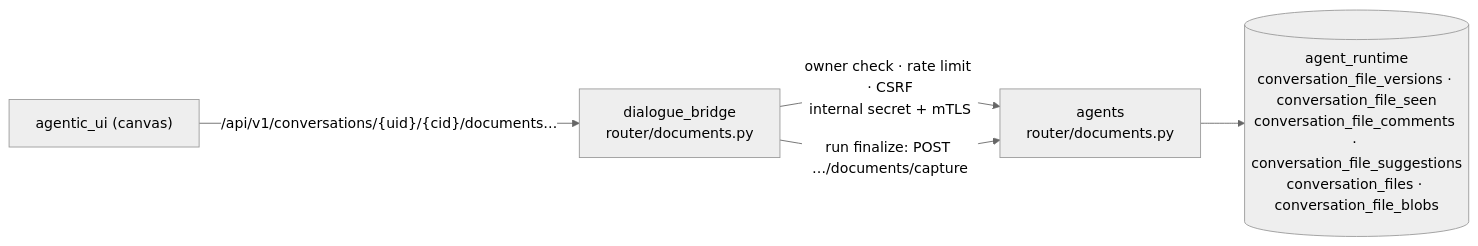
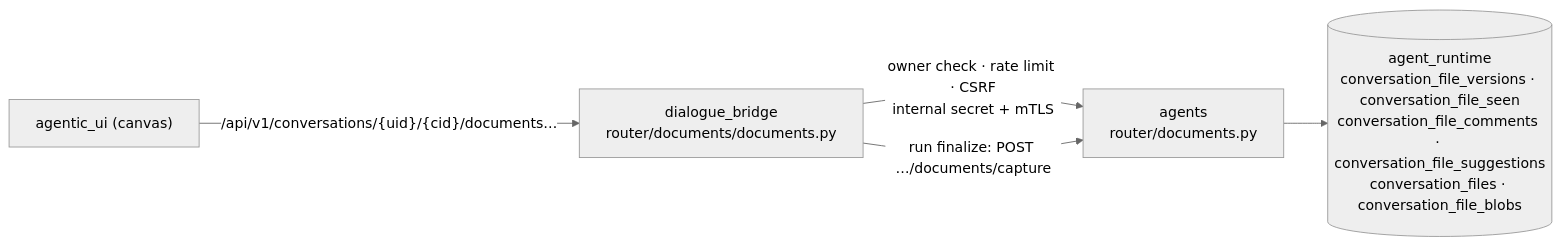
The first of 11 diagrams in docs/flows/canvas.md (konstantinosmpouros/magenticx), drawn with Mermaid (neutral theme) before and after one commit. The commit also changed other lines of this file and 341 other files, not shown here.

Commit message:
refactor(dialogue_bridge): move the logic from utils into a domain-grouped engine package, group routers and schemas into the same domain folders, split agents.py into catalog, tools, service URLs and conversation sources, and keep only generic helpers in utils

````diff
--- a/docs/flows/canvas.md
+++ b/docs/flows/canvas.md
@@ -9,7 +9,7 @@
 ```mermaid
 flowchart LR
-    UI["agentic_ui (canvas)"] -->|"/api/v1/conversations/{uid}/{cid}/documents…"| BR["dialogue_bridge<br/>router/documents.py"]
+    UI["agentic_ui (canvas)"] -->|"/api/v1/conversations/{uid}/{cid}/documents…"| BR["dialogue_bridge<br/>router/documents/documents.py"]
     BR -->|"owner check · rate limit · CSRF<br/>internal secret + mTLS"| AG["agents<br/>router/documents.py"]
     AG --> PG[("agent_runtime<br/>conversation_file_versions · conversation_file_seen<br/>conversation_file_comments · conversation_file_suggestions<br/>conversation_files · conversation_file_blobs")]
     BR -->|"run finalize: POST …/documents/capture"| AG
 ```
````
